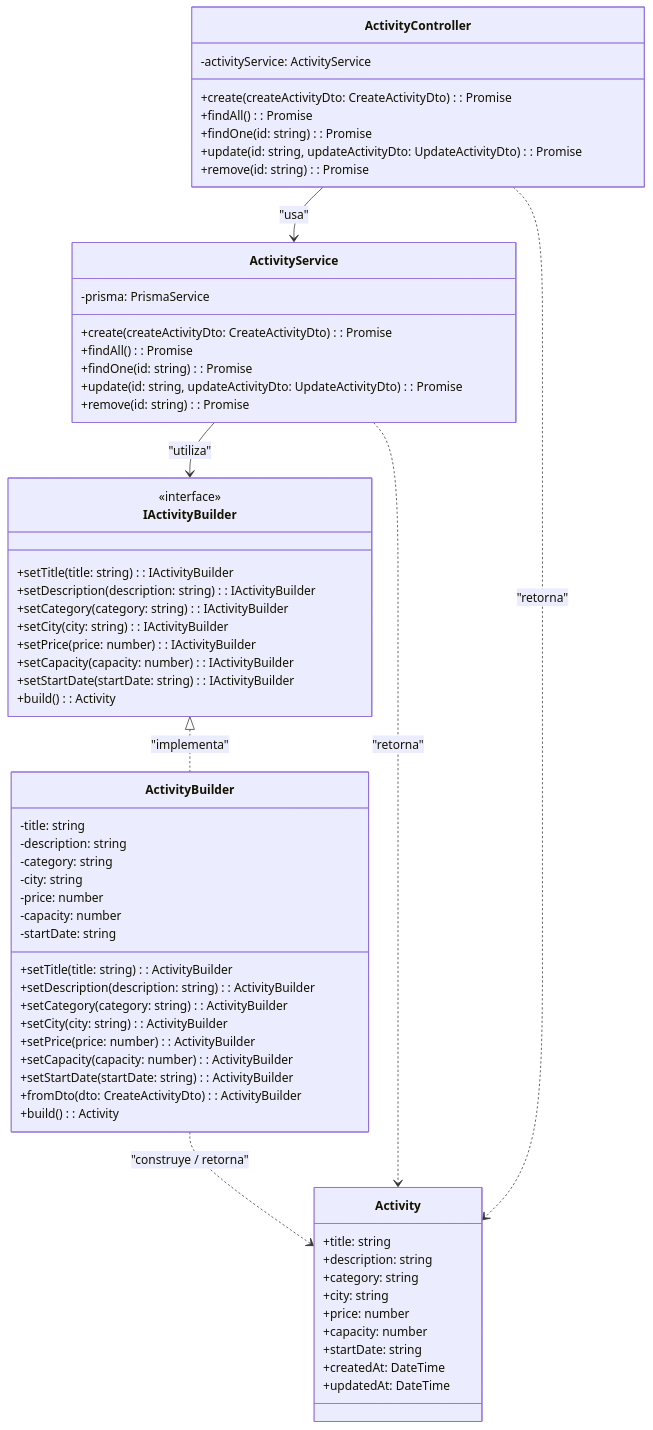
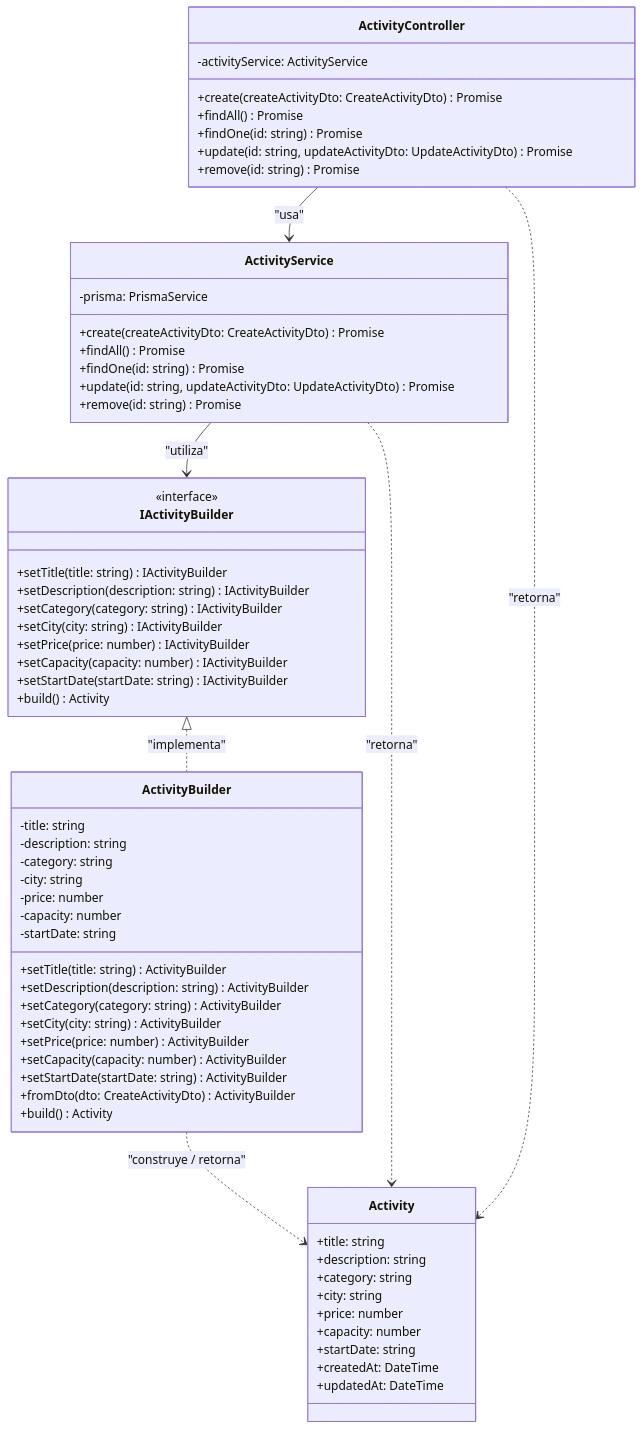
One commit to CaroDevs/Grupo1_Reto1_EventosMedellin changed the second of 2 diagrams in docs/patrones-creacionales/justificacion.md. Above: the diagram before and after it, drawn with Mermaid.

Commit message:
Update justificacion. buildermd

````diff
--- a/docs/patrones-creacionales/justificacion.md
+++ b/docs/patrones-creacionales/justificacion.md
@@ -97,70 +97,70 @@
 ```mermaid
 classDiagram
 class IActivityBuilder {
         <<interface>>
-        +setTitle(title: string) : IActivityBuilder
-        +setDescription(description: string) : IActivityBuilder
-        +setCategory(category: string) : IActivityBuilder
-        +setCity(city: string) : IActivityBuilder
-        +setPrice(price: number) : IActivityBuilder
-        +setCapacity(capacity: number) : IActivityBuilder
-        +setStartDate(startDate: string) : IActivityBuilder
-        +build() : Activity
+        +setTitle(title: string)  IActivityBuilder
+        +setDescription(description: string)  IActivityBuilder
+        +setCategory(category: string)  IActivityBuilder
+        +setCity(city: string) IActivityBuilder
+        +setPrice(price: number)  IActivityBuilder
+        +setCapacity(capacity: number)  IActivityBuilder
+        +setStartDate(startDate: string)  IActivityBuilder
+        +build()  Activity
     }
 
     class ActivityBuilder {
         -title: string
         -description: string
         -category: string
         -city: string
         -price: number
         -capacity: number
         -startDate: string
-        +setTitle(title: string) : ActivityBuilder
-        +setDescription(description: string) : ActivityBuilder
-        +setCategory(category: string) : ActivityBuilder
-        +setCity(city: string) : ActivityBuilder
-        +setPrice(price: number) : ActivityBuilder
-        +setCapacity(capacity: number) : ActivityBuilder
-        +setStartDate(startDate: string) : ActivityBuilder
-        +fromDto(dto: CreateActivityDto) : ActivityBuilder
-        +build() : Activity
+        +setTitle(title: string)  ActivityBuilder
+        +setDescription(description: string)  ActivityBuilder
+        +setCategory(category: string)  ActivityBuilder
+        +setCity(city: string)  ActivityBuilder
+        +setPrice(price: number)  ActivityBuilder
+        +setCapacity(capacity: number)  ActivityBuilder
+        +setStartDate(startDate: string)  ActivityBuilder
+        +fromDto(dto: CreateActivityDto)  ActivityBuilder
+        +build()  Activity
     }
 
     class Activity {
         +title: string
         +description: string
         +category: string
         +city: string
         +price: number
         +capacity: number
         +startDate: string
         +createdAt: DateTime
         +updatedAt: DateTime
     }
 
     class ActivityService {
         -prisma: PrismaService
-        +create(createActivityDto: CreateActivityDto) : Promise<Activity>
-        +findAll() : Promise<Activity[]>
-        +findOne(id: string) : Promise<Activity>
-        +update(id: string, updateActivityDto: UpdateActivityDto) : Promise<Activity>
-        +remove(id: string) : Promise<Activity>
+        +create(createActivityDto: CreateActivityDto)  Promise<Activity>
+        +findAll()  Promise<Activity[]>
+        +findOne(id: string)  Promise<Activity>
+        +update(id: string, updateActivityDto: UpdateActivityDto)  Promise<Activity>
+        +remove(id: string)  Promise<Activity>
     }
 
     class ActivityController {
         -activityService: ActivityService
-        +create(createActivityDto: CreateActivityDto) : Promise<Activity>
-        +findAll() : Promise<Activity[]>
-        +findOne(id: string) : Promise<Activity>
-        +update(id: string, updateActivityDto: UpdateActivityDto) : Promise<Activity>
-        +remove(id: string) : Promise<Activity>
+        +create(createActivityDto: CreateActivityDto)  Promise<Activity>
+        +findAll()  Promise<Activity[]>
+        +findOne(id: string)  Promise<Activity>
+        +update(id: string, updateActivityDto: UpdateActivityDto)  Promise<Activity>
+        +remove(id: string)  Promise<Activity>
     }
     IActivityBuilder <|.. ActivityBuilder : "implementa"
     ActivityService --> IActivityBuilder : "utiliza"
     ActivityController --> ActivityService : "usa"
     
     ActivityBuilder ..> Activity : "construye / retorna"
     ActivityService ..> Activity : "retorna"
     ActivityController ..> Activity : "retorna"
 ```
````
